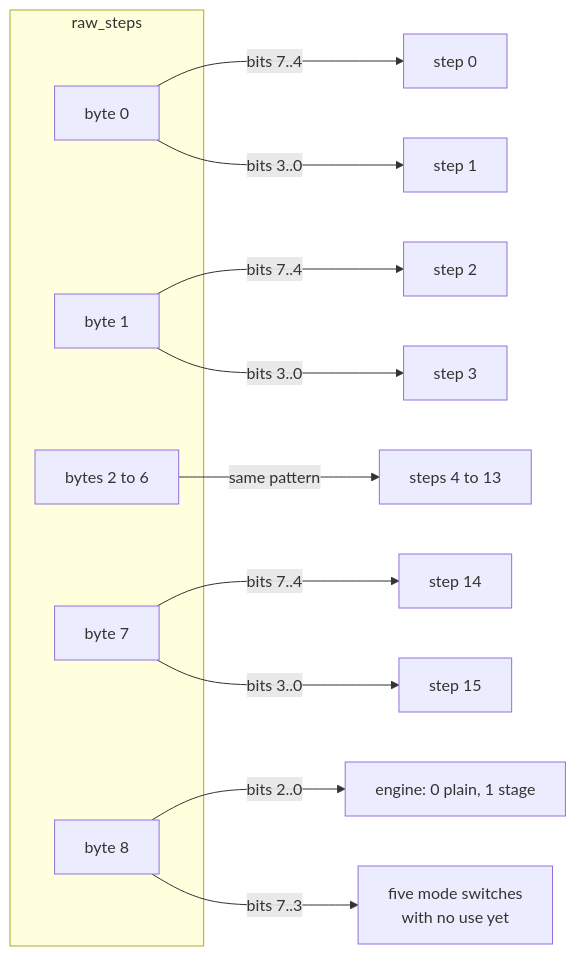
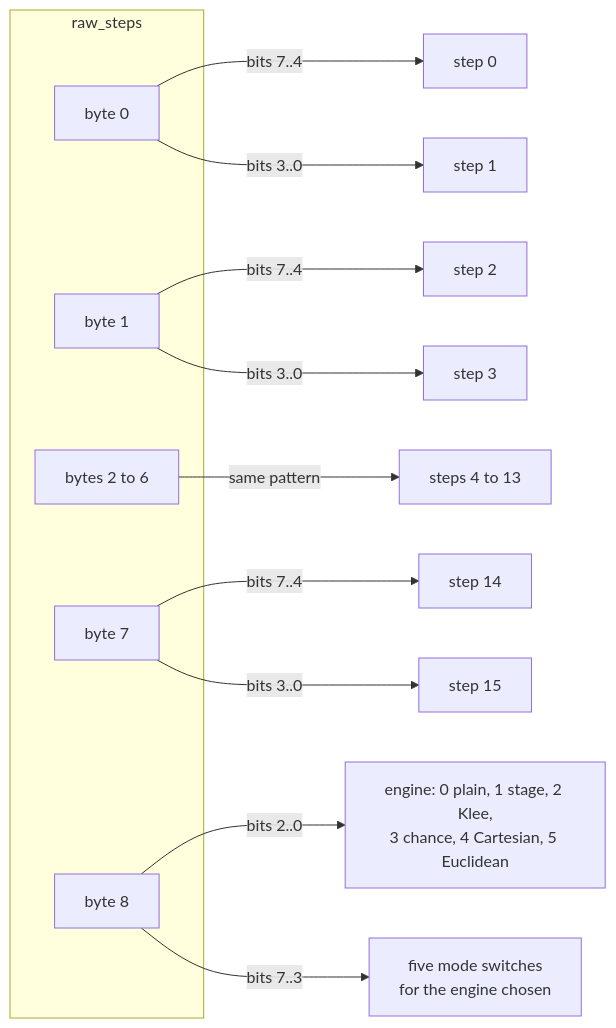
Before and after one commit to BonelessPig/nano_sequencer: diagram 14 of 27 in docs/ARCHITECTURE.md, drawn with Mermaid. The commit also changed other lines of this file and 44 other files, not shown here.

````diff
--- a/docs/ARCHITECTURE.md
+++ b/docs/ARCHITECTURE.md
@@ -638,19 +684,19 @@
 ```mermaid
 flowchart LR
     subgraph raw["raw_steps"]
         b0["byte 0"]
         b1["byte 1"]
         bn["bytes 2 to 6"]
         b7["byte 7"]
         b8["byte 8"]
     end
     b0 -->|"bits 7..4"| s0["step 0"]
     b0 -->|"bits 3..0"| s1["step 1"]
     b1 -->|"bits 7..4"| s2["step 2"]
     b1 -->|"bits 3..0"| s3["step 3"]
     bn -->|"same pattern"| sn["steps 4 to 13"]
     b7 -->|"bits 7..4"| s14["step 14"]
     b7 -->|"bits 3..0"| s15["step 15"]
-    b8 -->|"bits 2..0"| eng["engine: 0 plain, 1 stage"]
-    b8 -->|"bits 7..3"| spare["five mode switches<br/>with no use yet"]
+    b8 -->|"bits 2..0"| eng["engine: 0 plain, 1 stage, 2 Klee,<br/>3 chance, 4 Cartesian, 5 Euclidean"]
+    b8 -->|"bits 7..3"| spare["five mode switches<br/>for the engine chosen"]
 ```
````
